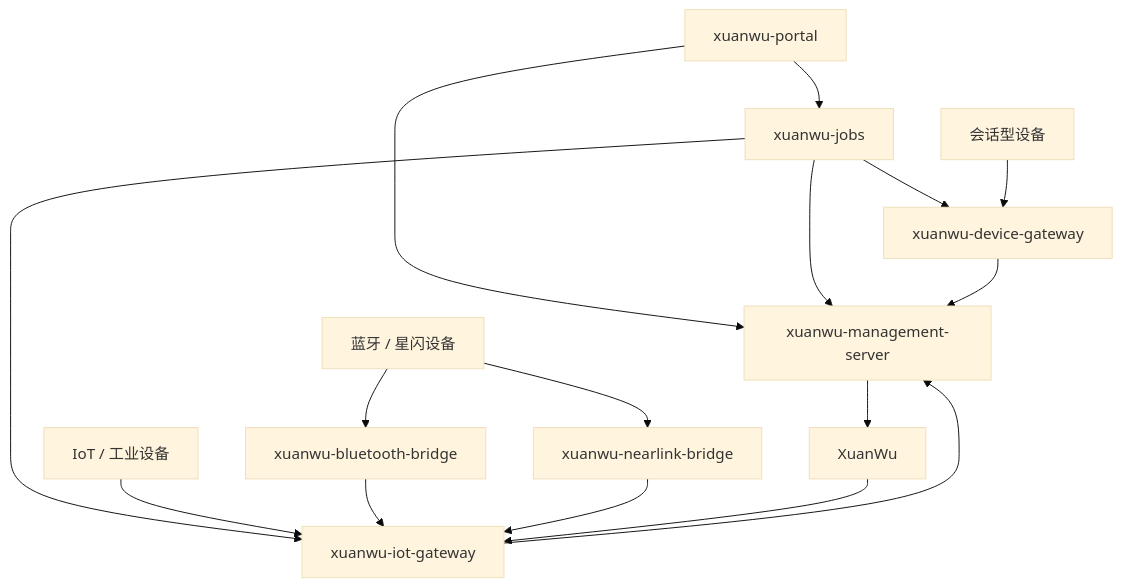
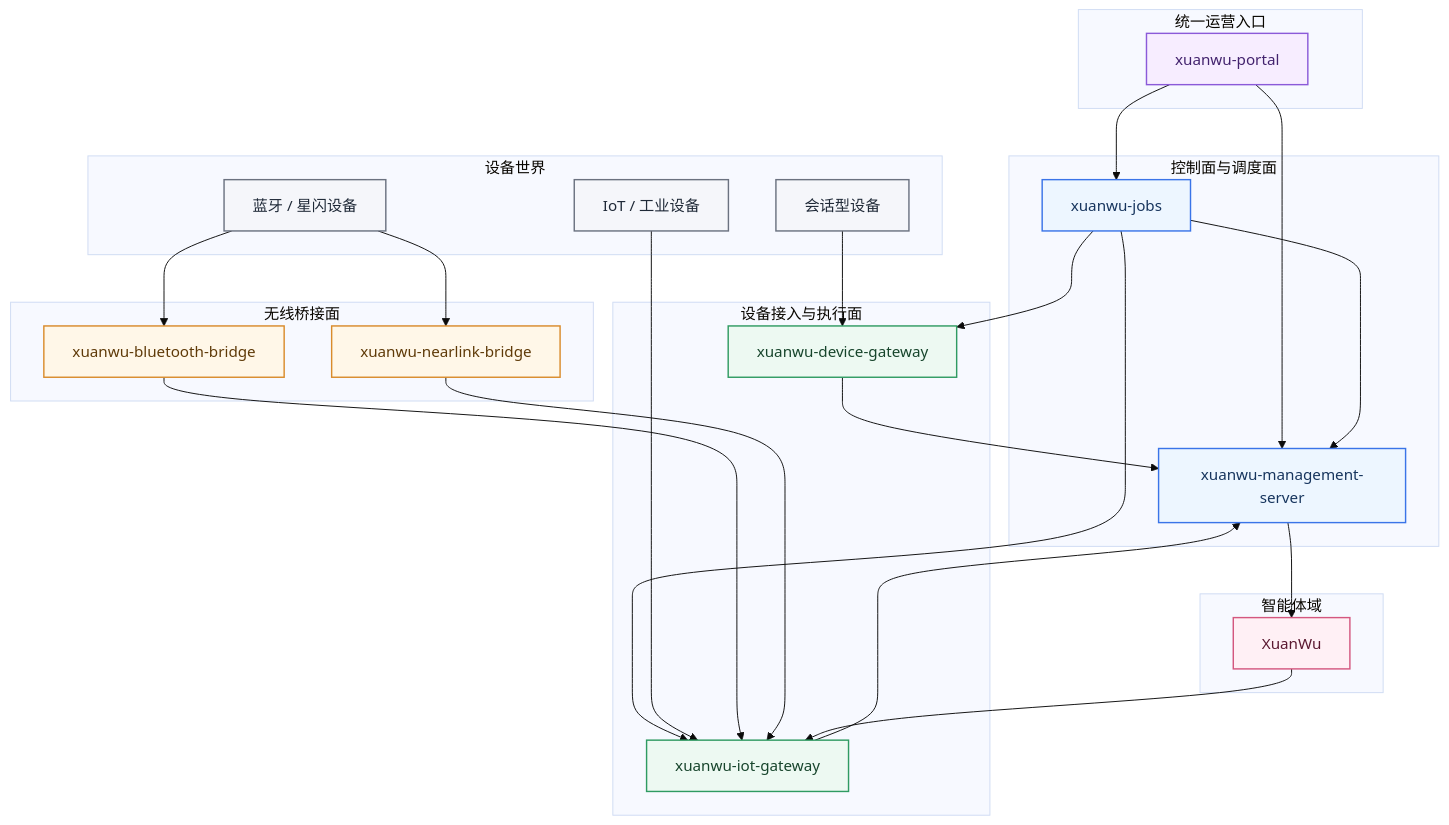
One commit to GrissonWu07/xuanwu-ai-platform changed the second of 2 diagrams in README.md. Above: the diagram before and after it, drawn with Mermaid (base theme).

Commit message:
docs: improve readme architecture diagram

````diff
--- a/README.md
+++ b/README.md
@@ -122,35 +122,65 @@
 ```mermaid
 flowchart TB
-    Portal["xuanwu-portal"]
-    Mgmt["xuanwu-management-server"]
-    Jobs["xuanwu-jobs"]
-    Device["xuanwu-device-gateway"]
-    IoT["xuanwu-iot-gateway"]
-    BT["xuanwu-bluetooth-bridge"]
-    NL["xuanwu-nearlink-bridge"]
-    XW["XuanWu"]
+    subgraph UX["统一运营入口"]
+        Portal["xuanwu-portal"]
+    end
 
-    Conv["会话型设备"]
-    IotDev["IoT / 工业设备"]
-    Wireless["蓝牙 / 星闪设备"]
+    subgraph Control["控制面与调度面"]
+        Mgmt["xuanwu-management-server"]
+        Jobs["xuanwu-jobs"]
+    end
+
+    subgraph Ingress["设备接入与执行面"]
+        Device["xuanwu-device-gateway"]
+        IoT["xuanwu-iot-gateway"]
+    end
+
+    subgraph Bridge["无线桥接面"]
+        BT["xuanwu-bluetooth-bridge"]
+        NL["xuanwu-nearlink-bridge"]
+    end
+
+    subgraph World["设备世界"]
+        Conv["会话型设备"]
+        IotDev["IoT / 工业设备"]
+        Wireless["蓝牙 / 星闪设备"]
+    end
+
+    subgraph AgentLayer["智能体域"]
+        XW["XuanWu"]
+    end
 
     Portal --> Mgmt
     Portal --> Jobs
 
     Jobs --> Mgmt
     Jobs --> Device
     Jobs --> IoT
 
     Conv --> Device
     IotDev --> IoT
     Wireless --> BT
     Wireless --> NL
 
     BT --> IoT
     NL --> IoT
 
     Device --> Mgmt
     IoT --> Mgmt
     Mgmt --> XW
     XW --> IoT
+
+    classDef ux fill:#f7edff,stroke:#8b5ad9,color:#43236e,stroke-width:1.5px;
+    classDef control fill:#edf6ff,stroke:#3a74e8,color:#17355e,stroke-width:1.5px;
+    classDef ingress fill:#edf9f2,stroke:#2f9b62,color:#17452c,stroke-width:1.5px;
+    classDef bridge fill:#fff7e8,stroke:#d98b2b,color:#5f3a08,stroke-width:1.5px;
+    classDef world fill:#f5f6fa,stroke:#6b7280,color:#1f2937,stroke-width:1.5px;
+    classDef agent fill:#fff0f5,stroke:#d4577f,color:#5b1830,stroke-width:1.5px;
+
+    class Portal ux;
+    class Mgmt,Jobs control;
+    class Device,IoT ingress;
+    class BT,NL bridge;
+    class Conv,IotDev,Wireless world;
+    class XW agent;
 ```
````
